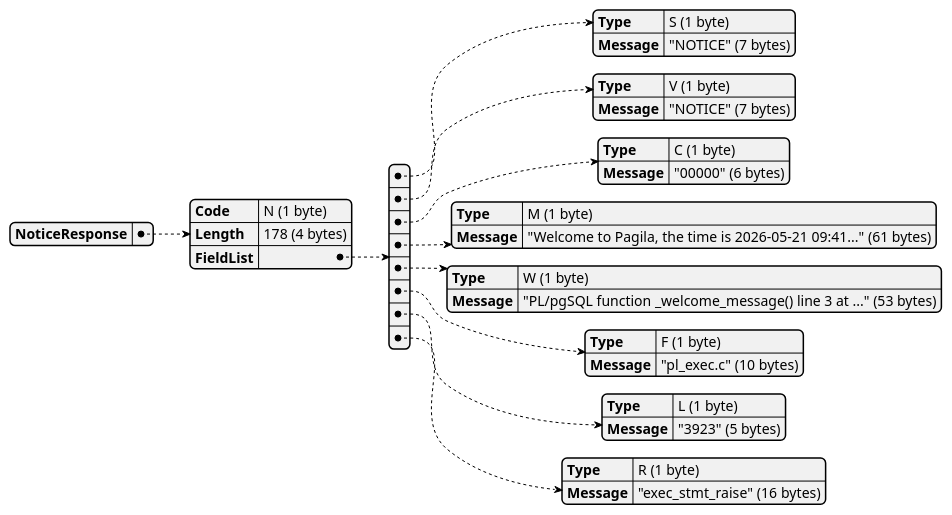
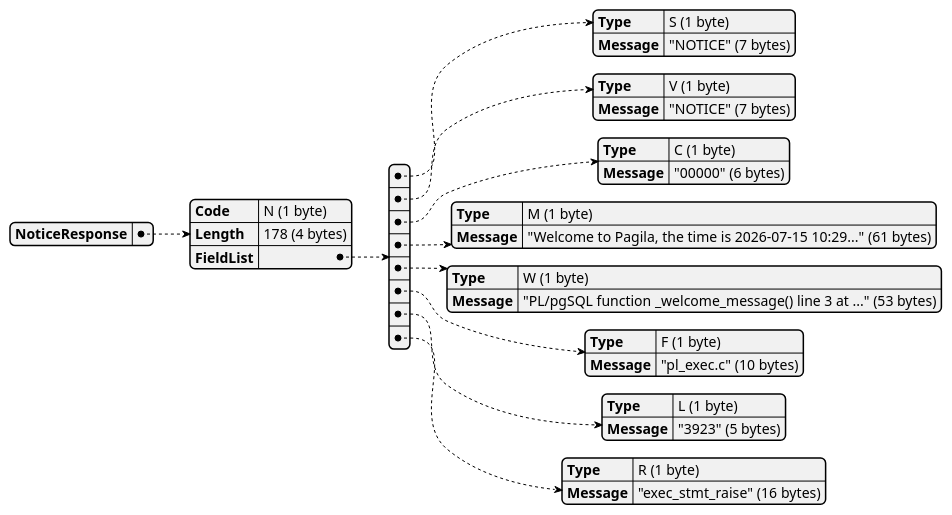
Before and after one commit to xfischer/pg_protoexport: diagram 21 of 55 in docs/examples/exports/pagila-10-listen-notify-notificationresponse/capture.plantuml.pkt.md, drawn with PlantUML. The commit also changed other lines of this file and 135 other files, not shown here.

````diff
--- a/docs/examples/exports/pagila-10-listen-notify-notificationresponse/capture.plantuml.pkt.md
+++ b/docs/examples/exports/pagila-10-listen-notify-notificationresponse/capture.plantuml.pkt.md
@@ -287,44 +287,44 @@
 ```plantuml
 @startjson
 {
   "NoticeResponse": {
     "Code": "N (1 byte)",
     "Length": "178 (4 bytes)",
     "FieldList": [
       {
         "Type": "S (1 byte)",
         "Message": "\"NOTICE\" (7 bytes)"
       },
       {
         "Type": "V (1 byte)",
         "Message": "\"NOTICE\" (7 bytes)"
       },
       {
         "Type": "C (1 byte)",
         "Message": "\"00000\" (6 bytes)"
       },
       {
         "Type": "M (1 byte)",
-        "Message": "\"Welcome to Pagila, the time is 2026-05-21 09:41...\" (61 bytes)"
+        "Message": "\"Welcome to Pagila, the time is 2026-07-15 10:29...\" (61 bytes)"
       },
       {
         "Type": "W (1 byte)",
         "Message": "\"PL/pgSQL function _welcome_message() line 3 at ...\" (53 bytes)"
       },
       {
         "Type": "F (1 byte)",
         "Message": "\"pl_exec.c\" (10 bytes)"
       },
       {
         "Type": "L (1 byte)",
         "Message": "\"3923\" (5 bytes)"
       },
       {
         "Type": "R (1 byte)",
         "Message": "\"exec_stmt_raise\" (16 bytes)"
       }
     ]
   }
 }
 @endjson
 ```
````
